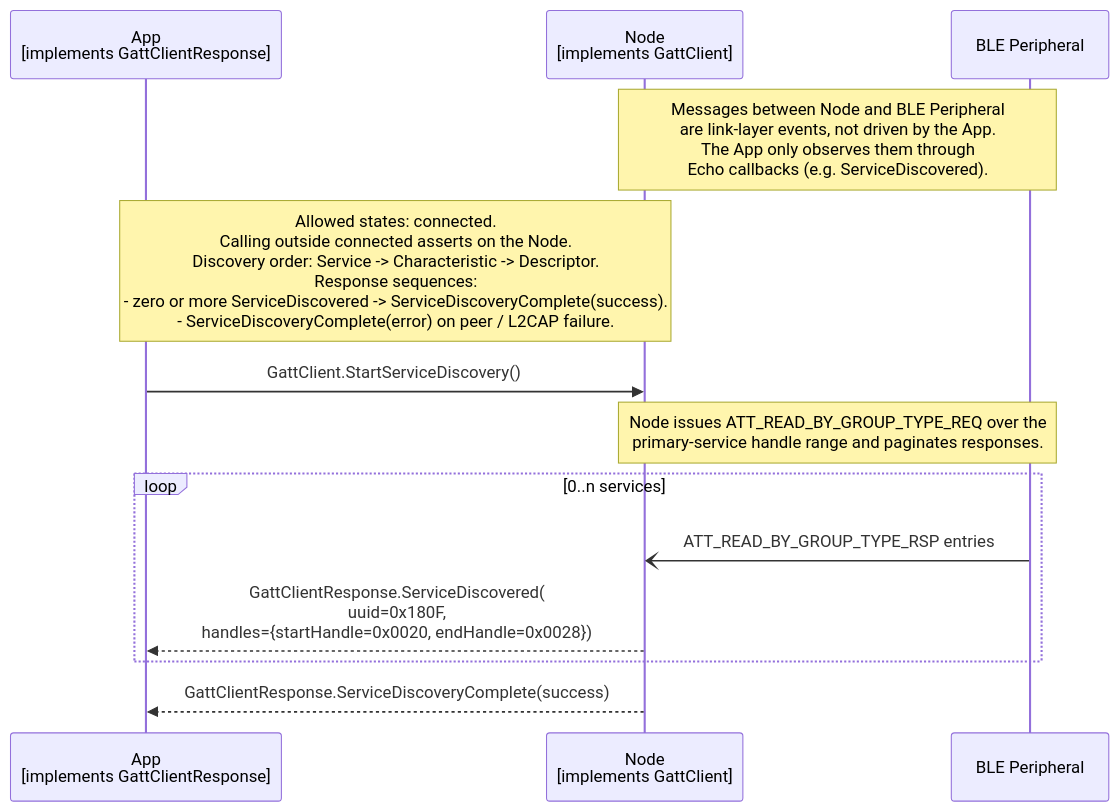
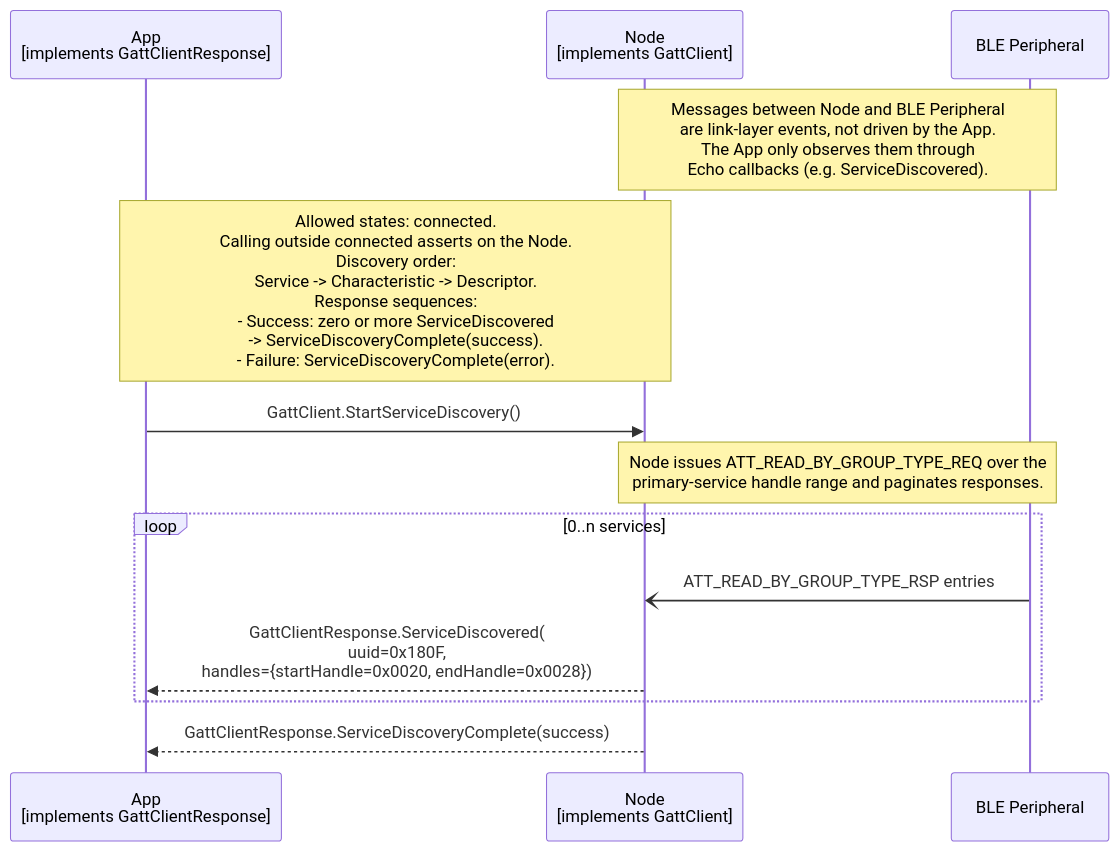
One commit to philips-software/amp-embedded-infra-lib changed the diagram in documents/modules/ROOT/partials/echoservices/gatt_client/GattClient_StartServiceDiscovery_sequence.mmd. Above: the diagram before and after it, drawn with Mermaid. The commit also changed 12 other files, not shown here.

```diff
--- a/documents/modules/ROOT/partials/echoservices/gatt_client/GattClient_StartServiceDiscovery_sequence.mmd
+++ b/documents/modules/ROOT/partials/echoservices/gatt_client/GattClient_StartServiceDiscovery_sequence.mmd
@@ -1,15 +1,15 @@
 sequenceDiagram
     participant App as App<br>[implements GattClientResponse]
     participant Node as Node<br>[implements GattClient]
     participant Peripheral as BLE Peripheral
 
     Note over Node, Peripheral: Messages between Node and BLE Peripheral<br>are link-layer events, not driven by the App.<br>The App only observes them through<br>Echo callbacks (e.g. ServiceDiscovered).
-    Note over App, Node: Allowed states: connected.<br>Calling outside connected asserts on the Node.<br>Discovery order: Service -> Characteristic -> Descriptor.<br>Response sequences:<br>- zero or more ServiceDiscovered -> ServiceDiscoveryComplete(success).<br>- ServiceDiscoveryComplete(error) on peer / L2CAP failure.
+    Note over App, Node: Allowed states: connected.<br>Calling outside connected asserts on the Node.<br>Discovery order:<br>Service -> Characteristic -> Descriptor.<br>Response sequences:<br>- Success: zero or more ServiceDiscovered<br>  -> ServiceDiscoveryComplete(success).<br>- Failure: ServiceDiscoveryComplete(error).
 
     App->>Node: GattClient.StartServiceDiscovery()
     Note over Node, Peripheral: Node issues ATT_READ_BY_GROUP_TYPE_REQ over the<br>primary-service handle range and paginates responses.
     loop 0..n services
         Peripheral-)Node: ATT_READ_BY_GROUP_TYPE_RSP entries
         Node-->>App: GattClientResponse.ServiceDiscovered(<br>uuid=0x180F,<br>handles={startHandle=0x0020, endHandle=0x0028})
     end
     Node-->>App: GattClientResponse.ServiceDiscoveryComplete(success)
```
